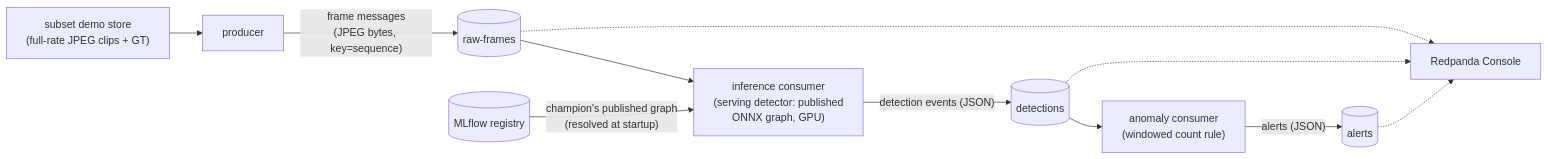
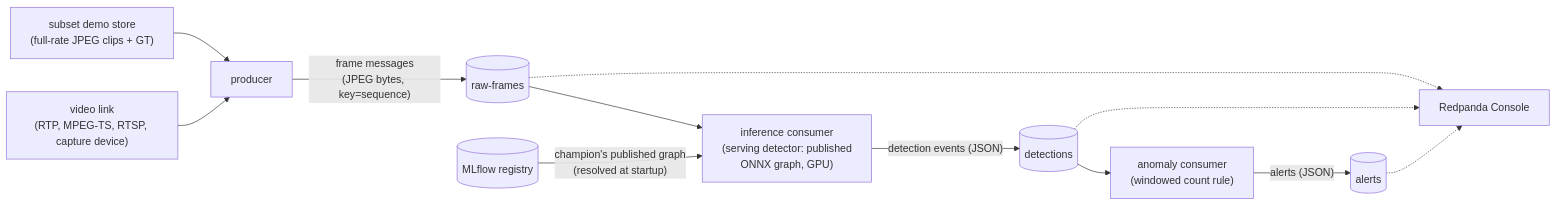
One commit to vtarasv/mlops-cv changed the diagram in docs/streaming.md. Above: the diagram before and after it, drawn with Mermaid. The commit also changed other lines of this file and 22 other files, not shown here.

````diff
--- a/docs/streaming.md
+++ b/docs/streaming.md
@@ -14,13 +15,14 @@
 ```mermaid
 flowchart LR
     demo["subset demo store\n(full-rate JPEG clips + GT)"] --> prod[producer]
+    link["video link\n(RTP, MPEG-TS, RTSP, capture device)"] --> prod
     prod -- "frame messages\n(JPEG bytes, key=sequence)" --> rf[(raw-frames)]
     rf --> inf["inference consumer\n(serving detector: published\nONNX graph, GPU)"]
     reg[(MLflow registry)] -- "champion's published graph\n(resolved at startup)" --> inf
     inf -- "detection events (JSON)" --> det[(detections)]
     det --> anom["anomaly consumer\n(windowed count rule)"]
     anom -- "alerts (JSON)" --> al[(alerts)]
     rf -.-> console[Redpanda Console]
     det -.-> console
     al -.-> console
 ```
````
